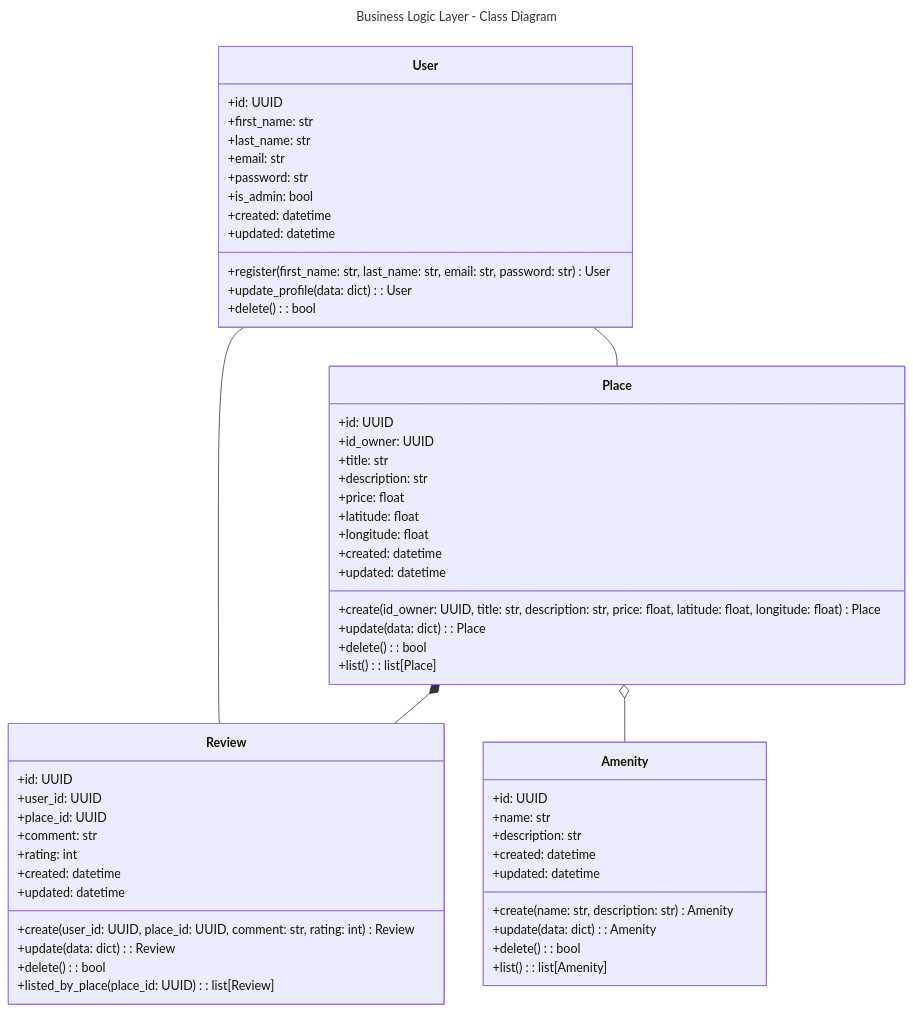
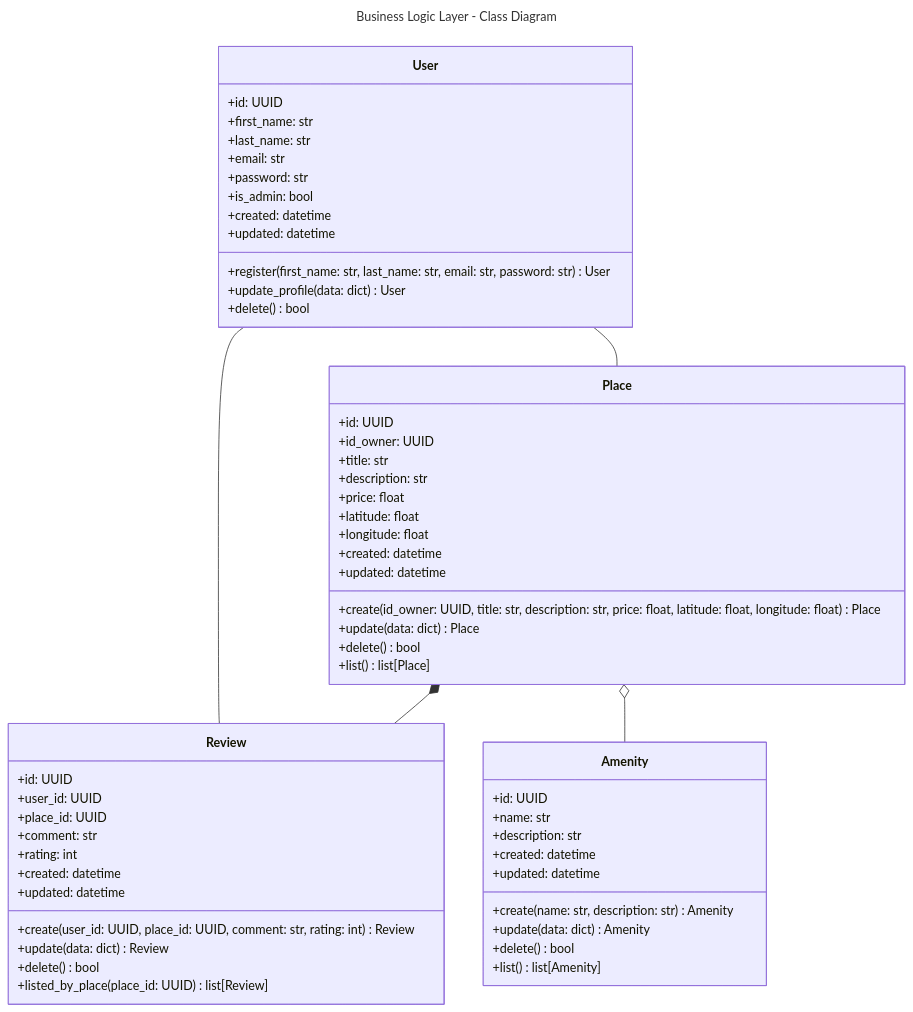
The diagram in part1/Detailed_Class_Diagram.md (laetitiagrondin/holbertonschool-hbnb), drawn with Mermaid before and after one commit.

Commit message:
Deleted some ':'

````diff
--- a/part1/Detailed_Class_Diagram.md
+++ b/part1/Detailed_Class_Diagram.md
@@ -1,63 +1,63 @@
 ```mermaid
 ---
 title: Business Logic Layer - Class Diagram
 ---
 classDiagram
 class User {
     +id: UUID
     +first_name: str
     +last_name: str
     +email: str
     +password: str
     +is_admin: bool
     +created: datetime
     +updated: datetime
     +register(first_name: str, last_name: str, email: str, password: str) User
-    +update_profile(data: dict): User
-    +delete(): bool
+    +update_profile(data: dict) User
+    +delete() bool
 }
 class Place {
     +id: UUID
     +id_owner: UUID
     +title: str
     +description: str
     +price: float
     +latitude: float
     +longitude: float
     +created: datetime
     +updated: datetime
     +create(id_owner: UUID, title: str, description: str, price: float, latitude: float, longitude: float) Place
-    +update(data: dict): Place
-    +delete(): bool
-    +list(): list[Place]
+    +update(data: dict) Place
+    +delete() bool
+    +list() list[Place]
 }
 class Review {
     +id: UUID
     +user_id: UUID
     +place_id: UUID
     +comment: str
     +rating: int
     +created: datetime
     +updated: datetime
     +create(user_id: UUID, place_id: UUID, comment: str, rating: int) Review
-    +update(data: dict): Review
-    +delete(): bool
-    +listed_by_place(place_id: UUID): list[Review]
+    +update(data: dict) Review
+    +delete() bool
+    +listed_by_place(place_id: UUID) list[Review]
 }
 class Amenity {
     +id: UUID
     +name: str
     +description: str
     +created: datetime
     +updated: datetime
     +create(name: str, description: str) Amenity
-    +update(data: dict): Amenity
-    +delete(): bool
-    +list(): list[Amenity]
+    +update(data: dict) Amenity
+    +delete() bool
+    +list() list[Amenity]
 }
 
 User -- Place
 User -- Review
 Place *-- Review
 Place o-- Amenity
 ```
````
